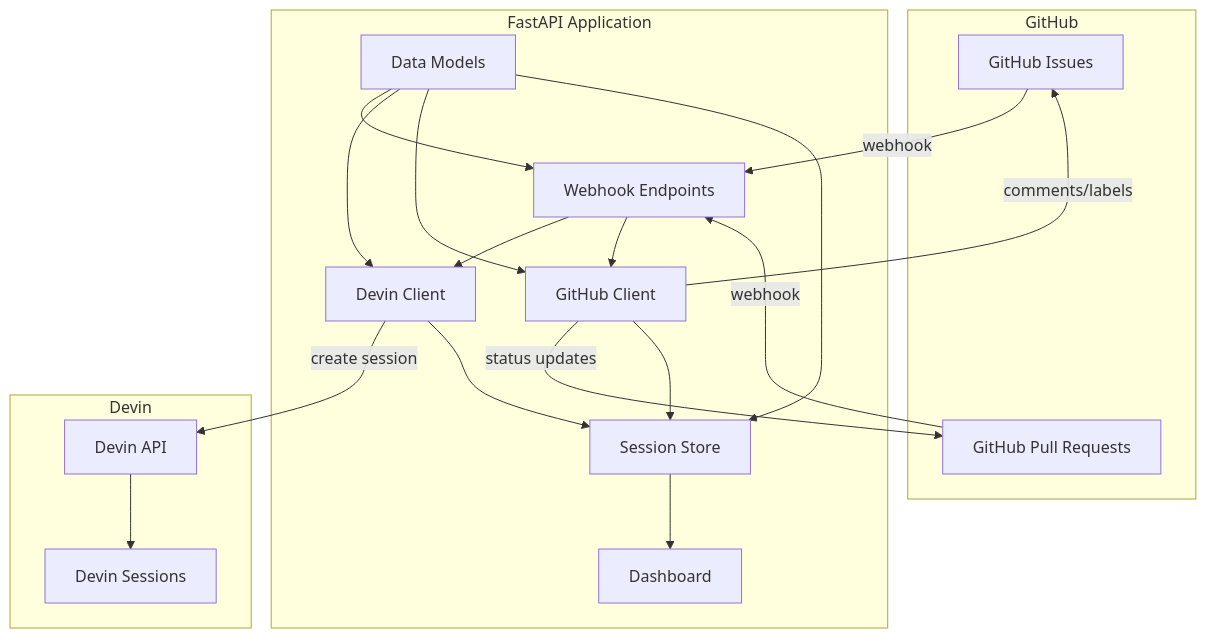
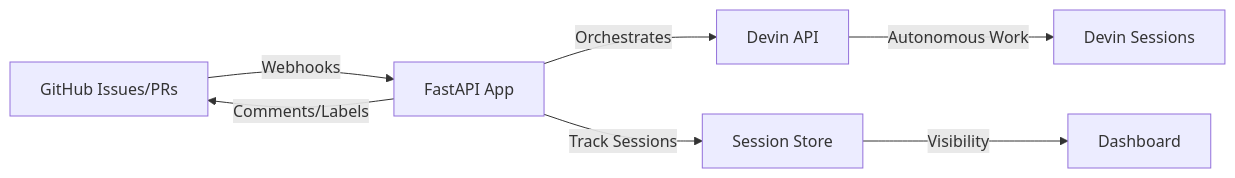
One commit to emillaurence/agentic-devin-swe-remediation changed the diagram in README.md. Above: the diagram before and after it, drawn with Mermaid.

Commit message:
Update architecture diagram to emphasize Devin as centerpiece

````diff
--- a/README.md
+++ b/README.md
@@ -25,37 +25,9 @@
 ```mermaid
-graph TB
-    subgraph "GitHub"
-        GI[GitHub Issues]
-        GPR[GitHub Pull Requests]
-    end
-
-    subgraph "FastAPI Application"
-        WH[Webhook Endpoints]
-        DC[Devin Client]
-        GC[GitHub Client]
-        SS[Session Store]
-        DM[Data Models]
-        DASH[Dashboard]
-    end
-
-    subgraph "Devin"
-        DA[Devin API]
-        DS[Devin Sessions]
-    end
-
-    GI -->|webhook| WH
-    GPR -->|webhook| WH
-    WH --> DC
-    WH --> GC
-    DC -->|create session| DA
-    DA --> DS
-    GC -->|comments/labels| GI
-    GC -->|status updates| GPR
-    DC --> SS
-    GC --> SS
-    SS --> DASH
-    DM --> WH
-    DM --> DC
-    DM --> GC
-    DM --> SS
+graph LR
+    GitHub[GitHub Issues/PRs] -->|Webhooks| FastAPI[FastAPI App]
+    FastAPI -->|Orchestrates| Devin[Devin API]
+    Devin -->|Autonomous Work| Sessions[Devin Sessions]
+    FastAPI -->|Comments/Labels| GitHub
+    FastAPI -->|Track Sessions| Store[Session Store]
+    Store -->|Visibility| Dashboard[Dashboard]
 ```
````
